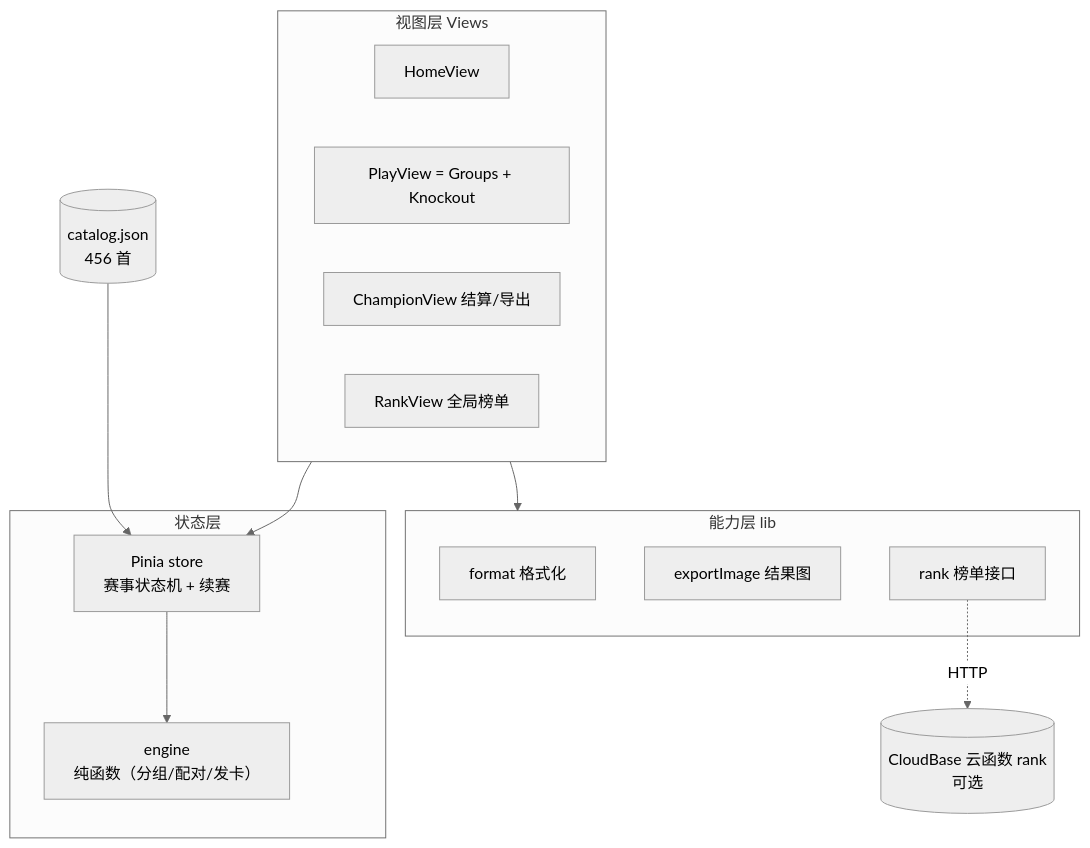
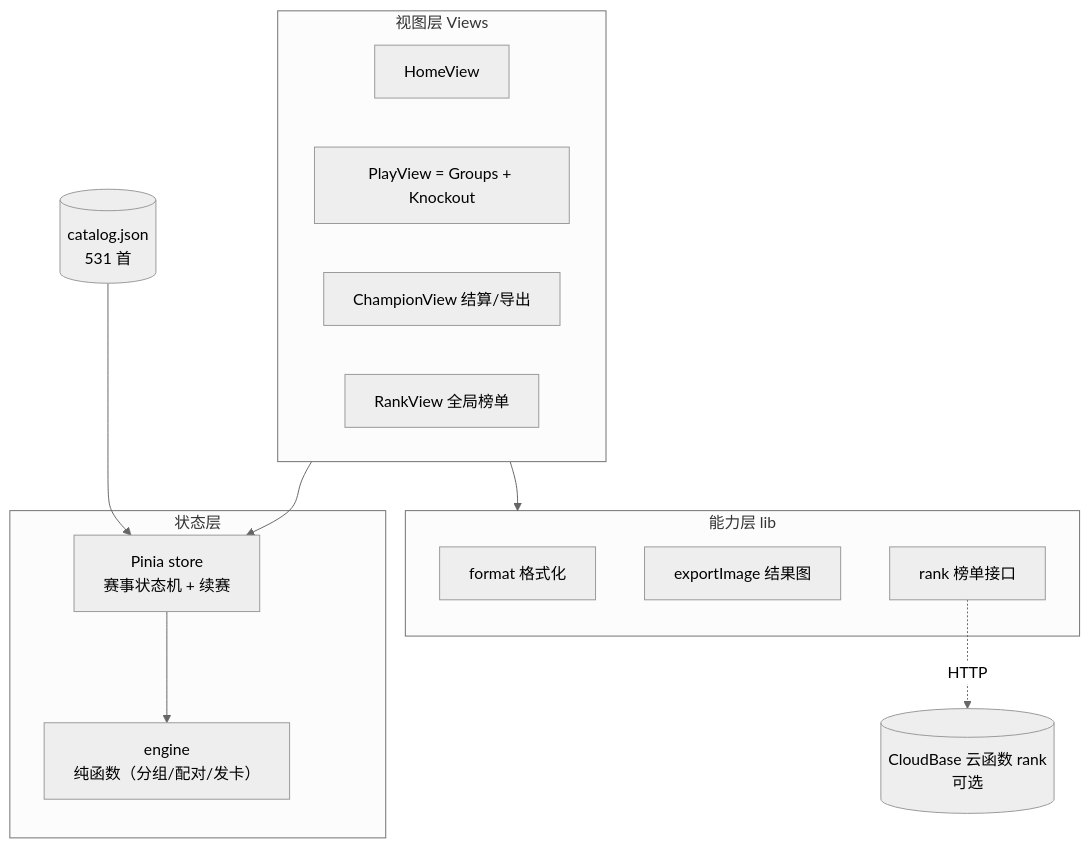
Before and after one commit to Lycorrita/Shencup: the fourth of 5 diagrams in README.md, drawn with Mermaid (neutral theme). The commit also changed other lines of this file and 2 other files, not shown here.

````diff
--- a/README.md
+++ b/README.md
@@ -147,22 +147,22 @@
 ```mermaid
 flowchart TB
     subgraph V[视图层 Views]
         H[HomeView]
         P[PlayView = Groups + Knockout]
         C[ChampionView 结算/导出]
         R[RankView 全局榜单]
     end
     subgraph S[状态层]
         ST["Pinia store<br/>赛事状态机 + 续赛"]
         EG["engine<br/>纯函数（分组/配对/发卡）"]
     end
     subgraph L[能力层 lib]
         FM[format 格式化]
         EX[exportImage 结果图]
         RK[rank 榜单接口]
     end
-    DATA[(catalog.json<br/>456 首)] --> ST
+    DATA[(catalog.json<br/>531 首)] --> ST
     V --> ST --> EG
     V --> L
     RK -. HTTP .-> CB[("CloudBase 云函数 rank<br/>可选")]
 ```
````
